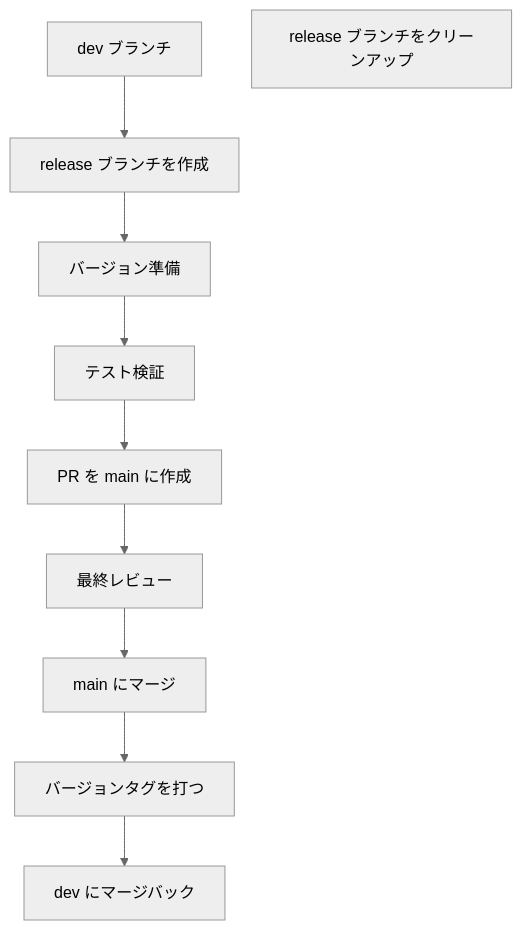
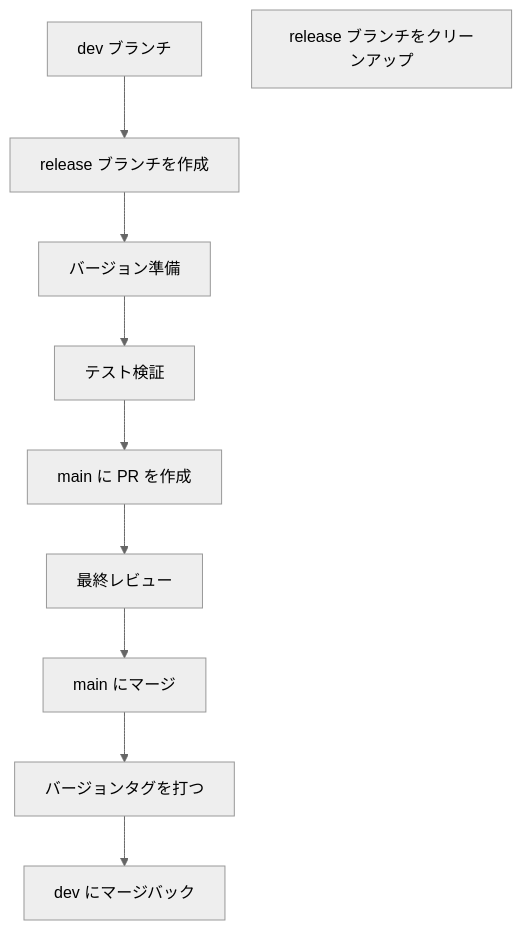
Before and after one commit to ChenXu233/YaoXiang: the third of 3 diagrams in docs/src/ja/dev/branch-maintenance-guide.md, drawn with Mermaid (neutral theme). The commit also changed other lines of this file and 236 other files, not shown here.

````diff
--- a/docs/src/ja/dev/branch-maintenance-guide.md
+++ b/docs/src/ja/dev/branch-maintenance-guide.md
@@ -181,12 +183,12 @@
 ```mermaid
 graph TD
     A[dev ブランチ] --> B[release ブランチを作成]
     B --> C[バージョン準備]
     C --> D[テスト検証]
-    D --> E[PR を main に作成]
+    D --> E[main に PR を作成]
     E --> F[最終レビュー]
     F --> G[main にマージ]
     G --> H[バージョンタグを打つ]
     H --> I[dev にマージバック]
     J[release ブランチをクリーンアップ]
 ```
````
